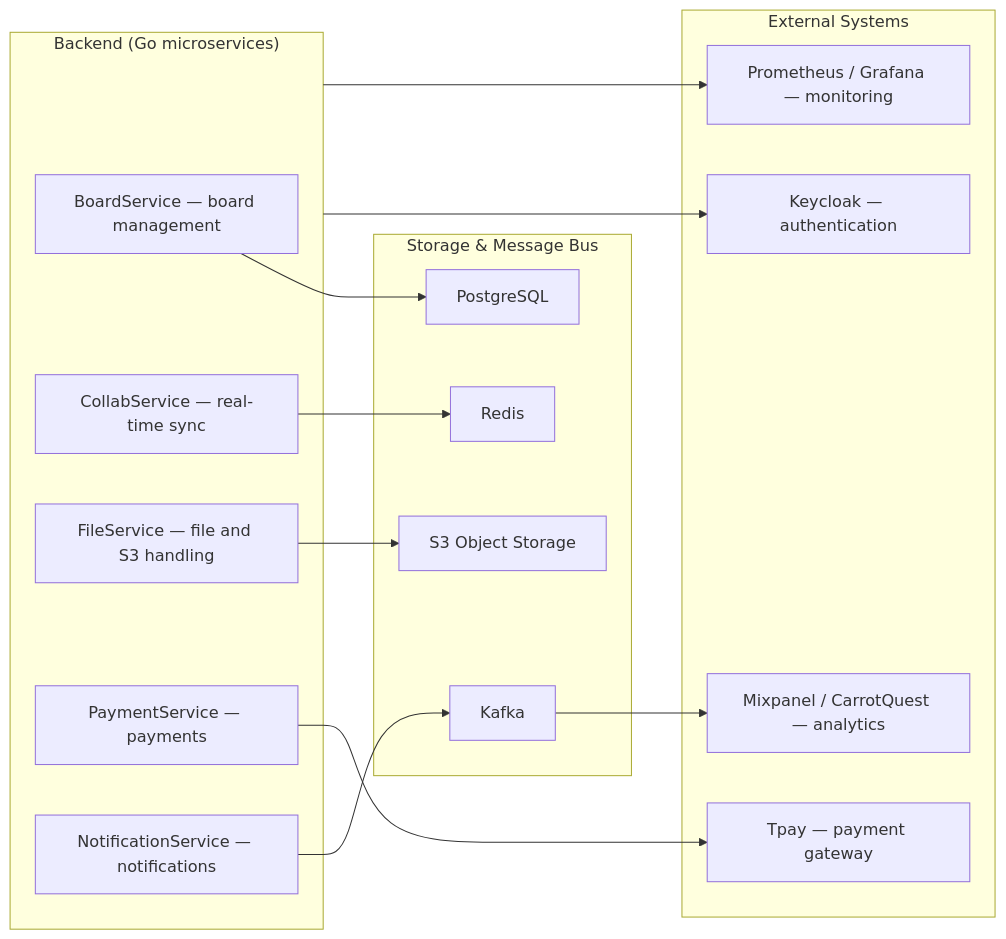
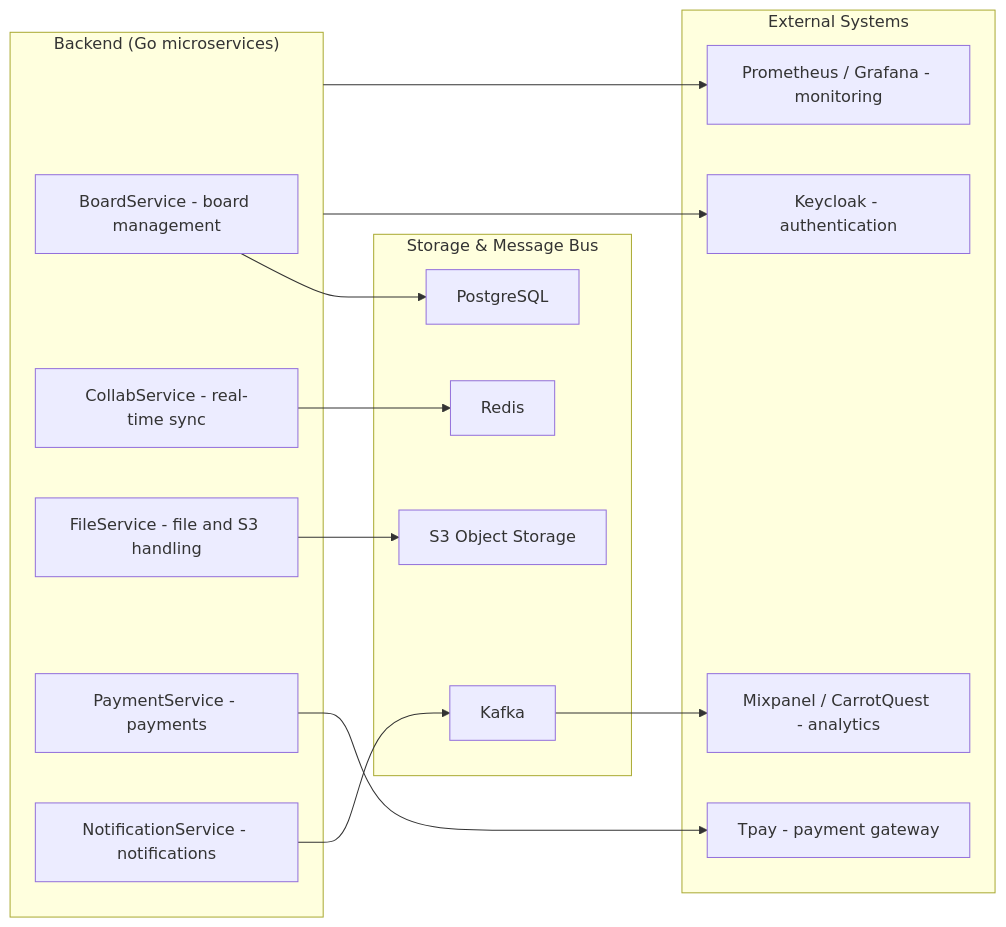
The third of 3 diagrams in idp/README.md (dvsnin/interactive-whiteboard-docs), drawn with Mermaid before and after one commit. The commit also changed other lines of this file, not shown here.

````diff
--- a/idp/README.md
+++ b/idp/README.md
@@ -218,33 +218,33 @@
 ```mermaid
 flowchart LR
     subgraph Backend["Backend (Go microservices)"]
-        BoardService["BoardService — board management"]
-        CollabService["CollabService — real-time sync"]
-        FileService["FileService — file and S3 handling"]
-        PaymentService["PaymentService — payments"]
-        NotifyService["NotificationService — notifications"]
+        BoardService["BoardService - board management"]
+        CollabService["CollabService - real-time sync"]
+        FileService["FileService - file and S3 handling"]
+        PaymentService["PaymentService - payments"]
+        NotifyService["NotificationService - notifications"]
     end
 
     subgraph Storage["Storage & Message Bus"]
         PG["PostgreSQL"]
         Redis["Redis"]
         S3["S3 Object Storage"]
         Kafka["Kafka"]
     end
 
     subgraph External["External Systems"]
-        Keycloak["Keycloak — authentication"]
-        Tpay["Tpay — payment gateway"]
-        Analytics["Mixpanel / CarrotQuest — analytics"]
-        Monitor["Prometheus / Grafana — monitoring"]
+        Keycloak["Keycloak - authentication"]
+        Tpay["Tpay - payment gateway"]
+        Analytics["Mixpanel / CarrotQuest - analytics"]
+        Monitor["Prometheus / Grafana - monitoring"]
     end
 
     BoardService --> PG
     CollabService --> Redis
     FileService --> S3
     PaymentService --> Tpay
     NotifyService --> Kafka
     Backend --> Keycloak
     Backend --> Monitor
     Kafka --> Analytics
 ```
````
